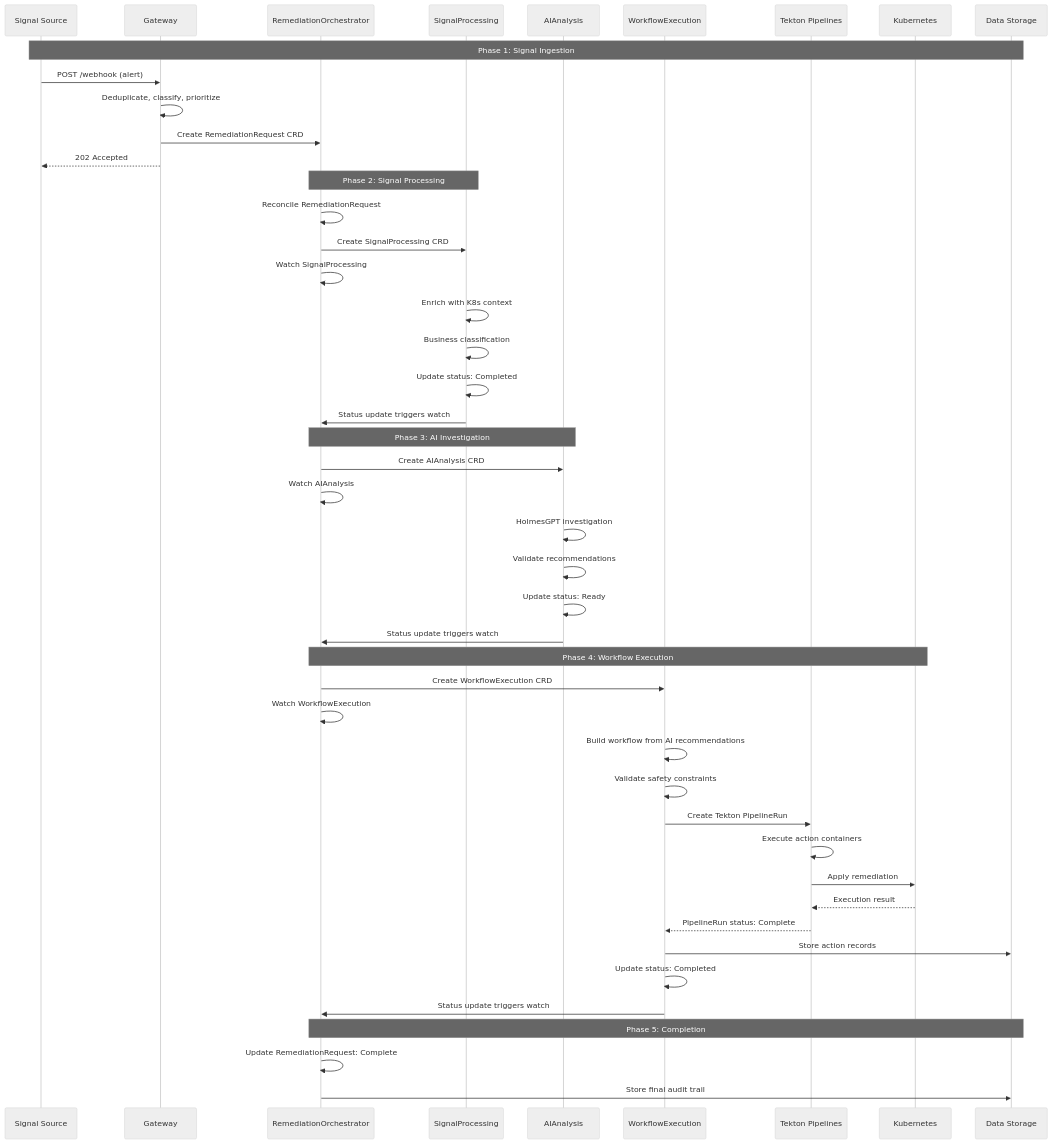
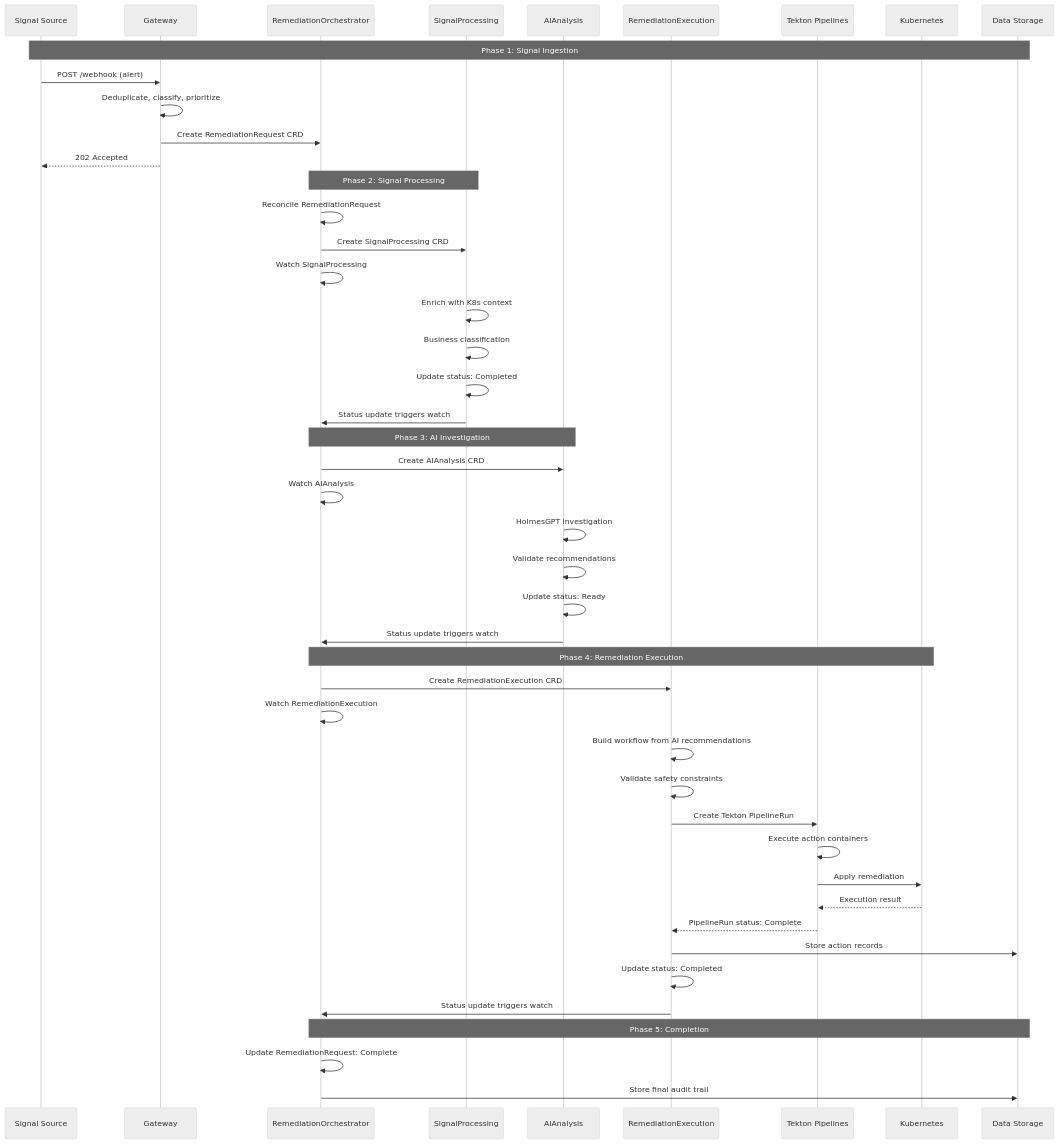
Before and after one commit to jordigilh/kubernaut: the second of 2 diagrams in docs/architecture/KUBERNAUT_CRD_ARCHITECTURE.md, drawn with Mermaid (neutral theme). The commit also changed other lines of this file and 5 other files, not shown here.

````diff
--- a/docs/architecture/KUBERNAUT_CRD_ARCHITECTURE.md
+++ b/docs/architecture/KUBERNAUT_CRD_ARCHITECTURE.md
@@ -659,53 +659,53 @@
 ```mermaid
 sequenceDiagram
     participant SRC as Signal Source
     participant GW as Gateway
     participant ORCH as RemediationOrchestrator
     participant SP as SignalProcessing
     participant AI as AIAnalysis
-    participant WF as WorkflowExecution
+    participant WF as RemediationExecution
     participant TEK as Tekton Pipelines
     participant K8S as Kubernetes
     participant ST as Data Storage
 
     Note over SRC,ST: Phase 1: Signal Ingestion
     SRC->>GW: POST /webhook (alert)
     GW->>GW: Deduplicate, classify, prioritize
     GW->>ORCH: Create RemediationRequest CRD
     GW-->>SRC: 202 Accepted
 
     Note over ORCH,SP: Phase 2: Signal Processing
     ORCH->>ORCH: Reconcile RemediationRequest
     ORCH->>SP: Create SignalProcessing CRD
     ORCH->>ORCH: Watch SignalProcessing
     SP->>SP: Enrich with K8s context
     SP->>SP: Business classification
     SP->>SP: Update status: Completed
     SP->>ORCH: Status update triggers watch
 
     Note over ORCH,AI: Phase 3: AI Investigation
     ORCH->>AI: Create AIAnalysis CRD
     ORCH->>ORCH: Watch AIAnalysis
     AI->>AI: HolmesGPT investigation
     AI->>AI: Validate recommendations
     AI->>AI: Update status: Ready
     AI->>ORCH: Status update triggers watch
 
-    Note over ORCH,K8S: Phase 4: Workflow Execution
-    ORCH->>WF: Create WorkflowExecution CRD
-    ORCH->>ORCH: Watch WorkflowExecution
+    Note over ORCH,K8S: Phase 4: Remediation Execution
+    ORCH->>WF: Create RemediationExecution CRD
+    ORCH->>ORCH: Watch RemediationExecution
     WF->>WF: Build workflow from AI recommendations
     WF->>WF: Validate safety constraints
     WF->>TEK: Create Tekton PipelineRun
     TEK->>TEK: Execute action containers
     TEK->>K8S: Apply remediation
     K8S-->>TEK: Execution result
     TEK-->>WF: PipelineRun status: Complete
     WF->>ST: Store action records
     WF->>WF: Update status: Completed
     WF->>ORCH: Status update triggers watch
 
     Note over ORCH,ST: Phase 5: Completion
     ORCH->>ORCH: Update RemediationRequest: Complete
     ORCH->>ST: Store final audit trail
 ```
````
